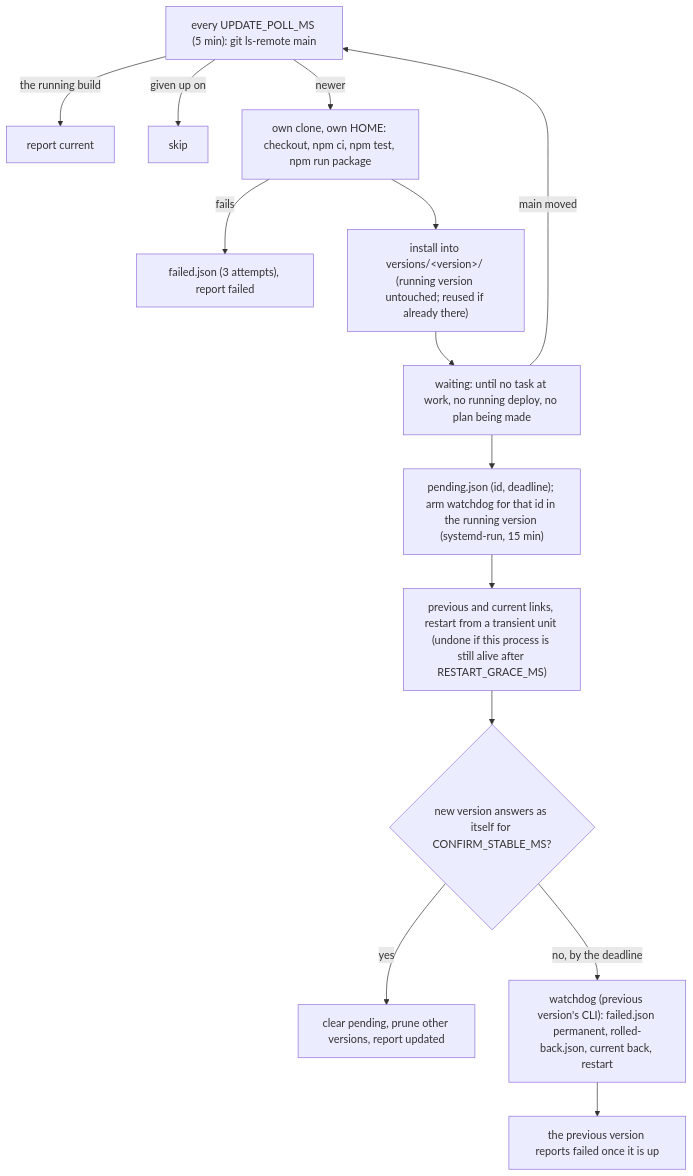
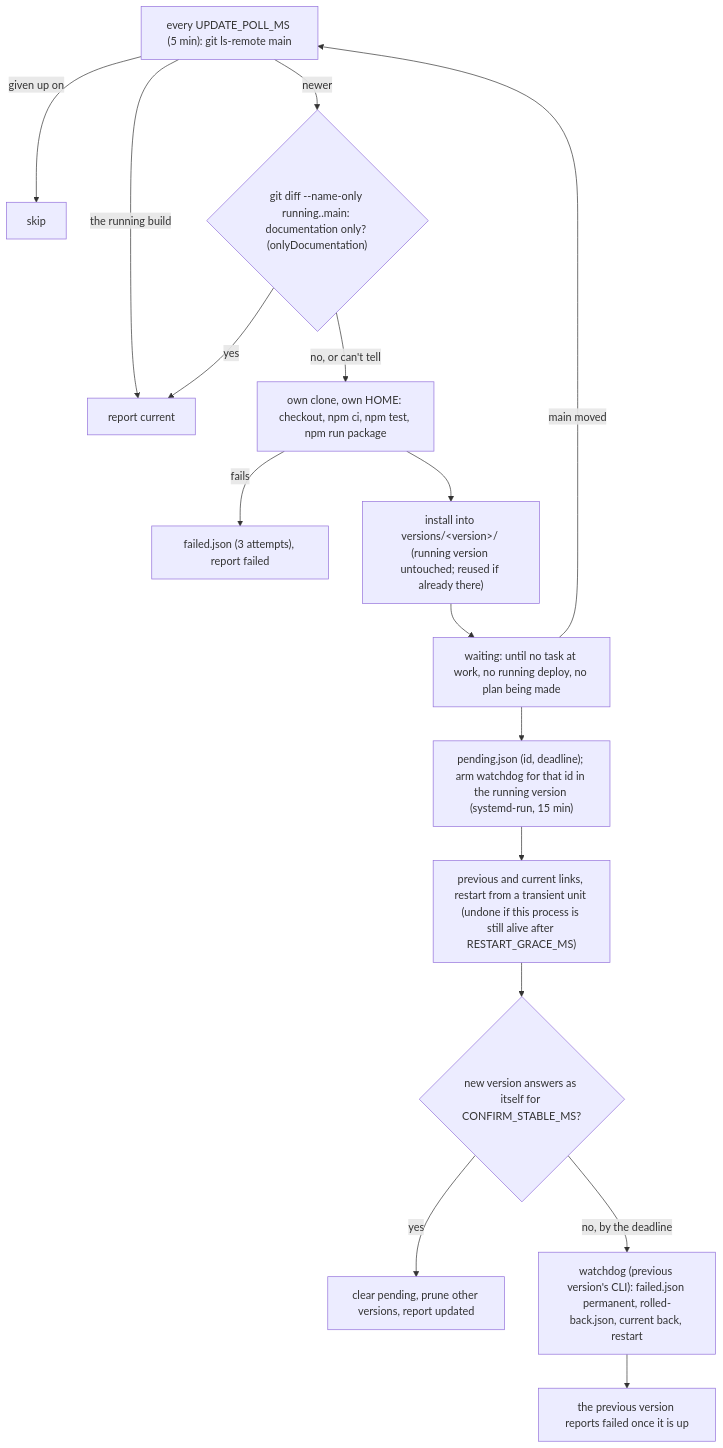
Before and after one commit to Sys64k/ai-swarm-orchestrator: diagram 18 of 19 in ARCHITECTURE.md, drawn with Mermaid. The commit also changed other lines of this file and 25 other files, not shown here.

````diff
--- a/ARCHITECTURE.md
+++ b/ARCHITECTURE.md
@@ -1601,16 +1601,18 @@
 ```mermaid
 flowchart TD
   P["every UPDATE_POLL_MS (5 min): git ls-remote main"] -->|"the running build"| C["report current"]
   P -->|"given up on"| X["skip"]
-  P -->|newer| B["own clone, own HOME: checkout, npm ci, npm test, npm run package"]
+  P -->|newer| D{"git diff --name-only running..main: documentation only? (onlyDocumentation)"}
+  D -->|yes| C
+  D -->|no, or can't tell| B["own clone, own HOME: checkout, npm ci, npm test, npm run package"]
   B -->|fails| F["failed.json (3 attempts), report failed"]
   B --> V["install into versions/&lt;version&gt;/ (running version untouched; reused if already there)"]
   V --> W["waiting: until no task at work, no running deploy, no plan being made"]
   W -->|"main moved"| P
   W --> A["pending.json (id, deadline); arm watchdog for that id in the running version (systemd-run, 15 min)"]
   A --> S["previous and current links, restart from a transient unit (undone if this process is still alive after RESTART_GRACE_MS)"]
   S --> N{"new version answers as itself for CONFIRM_STABLE_MS?"}
   N -->|yes| U["clear pending, prune other versions, report updated"]
   N -->|"no, by the deadline"| RB["watchdog (previous version's CLI): failed.json permanent, rolled-back.json, current back, restart"]
   RB --> RF["the previous version reports failed once it is up"]
 ```
````
